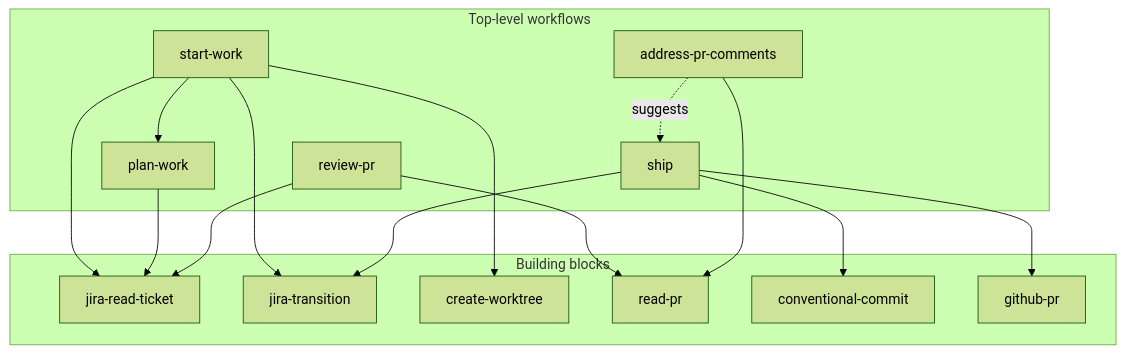
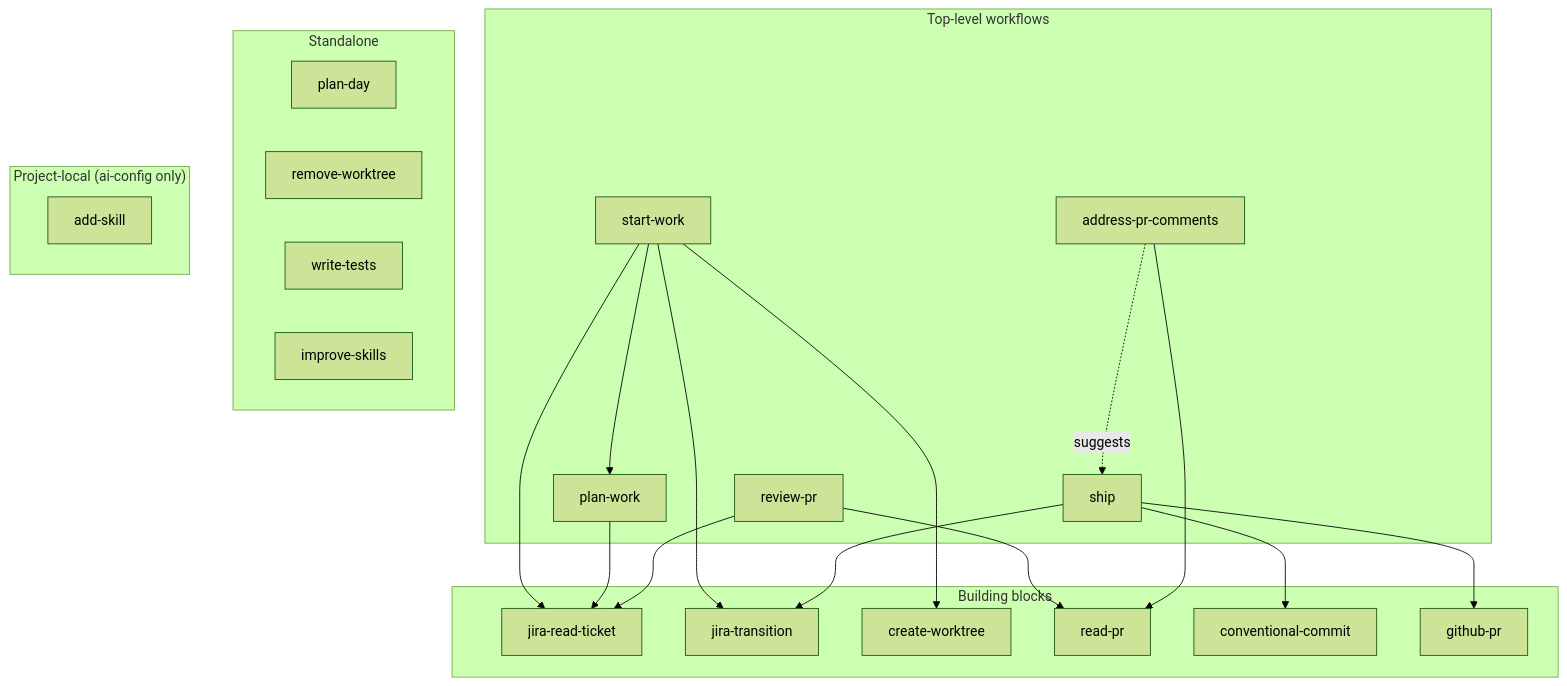
The diagram in README.md (lanesawyer/ai-config), drawn with Mermaid (forest theme) before and after one commit. The commit also changed other lines of this file and 6 other files, not shown here.

Commit message:
feat: Add local add-skill skill and improve improve-skill

````diff
--- a/README.md
+++ b/README.md
@@ -48,38 +48,47 @@
 ```mermaid
 graph TD
     subgraph workflows[Top-level workflows]
         start-work
         ship
         review-pr
         address-pr-comments
         plan-work
     end
 
     subgraph blocks[Building blocks]
         jira-read-ticket
         jira-transition
         create-worktree
         read-pr
         conventional-commit
         github-pr
     end
 
+    subgraph standalone[Standalone]
+        plan-day
+        remove-worktree
+        write-tests
+        improve-skills
+    end
+
+    subgraph local["Project-local (ai-config only)"]
+        add-skill
+    end
+
     start-work --> jira-read-ticket
     start-work --> jira-transition
     start-work --> create-worktree
     start-work --> plan-work
 
     plan-work --> jira-read-ticket
 
     ship --> conventional-commit
     ship --> github-pr
     ship --> jira-transition
 
     review-pr --> read-pr
     review-pr --> jira-read-ticket
 
     address-pr-comments --> read-pr
     address-pr-comments -. suggests .-> ship
-
-    %% Standalone skills (no composition): plan-day, remove-worktree, write-tests, improve-skills
 ```
````
